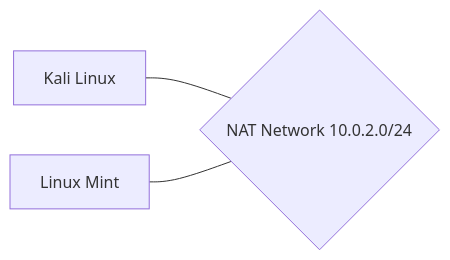
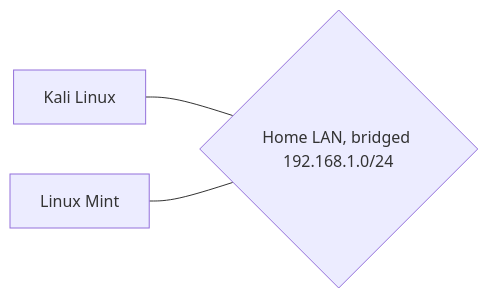
One commit to campbellcchasen/cybersecurity-lab changed the diagram in README.md. Above: the diagram before and after it, drawn with Mermaid. The commit also changed other lines of this file and 9 other files, not shown here.

````diff
--- a/README.md
+++ b/README.md
@@ -9,5 +14,5 @@
 ```mermaid
 graph LR
-  K[Kali Linux] --- N{NAT Network 10.0.2.0/24}
+  K[Kali Linux] --- N{Home LAN, bridged 192.168.1.0/24}
   M[Linux Mint] --- N
 ```
````
